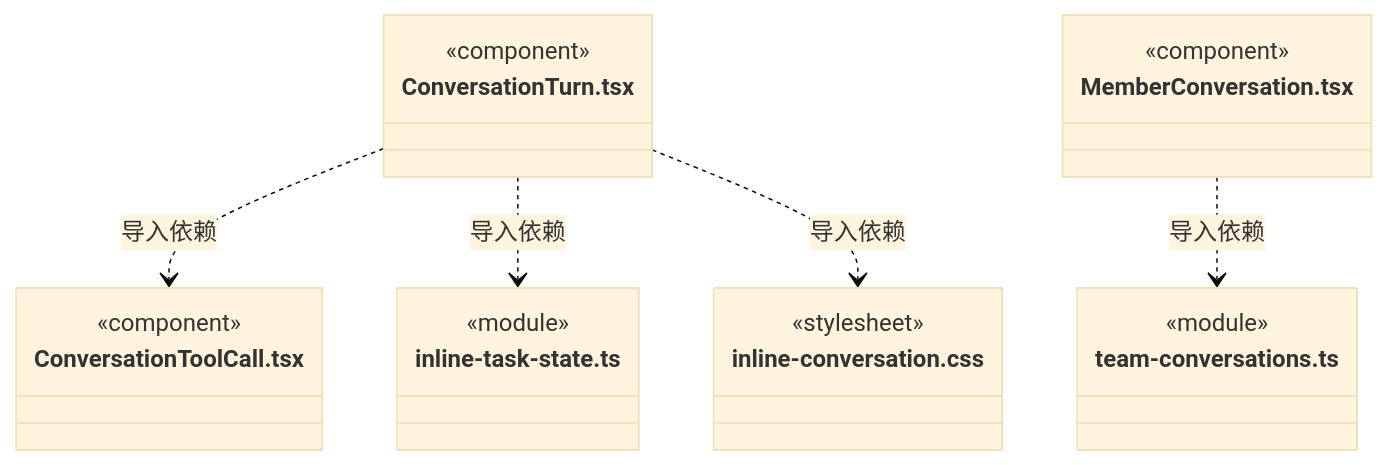
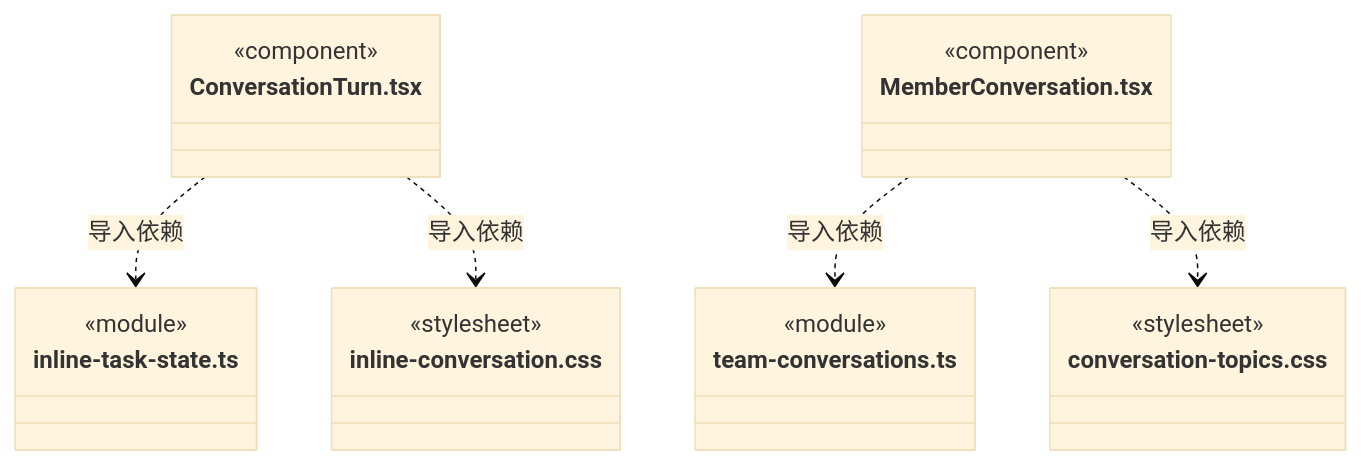
Before and after one commit to nan023062/cbim: diagram 46 of 49 in src/view/conversation/ARCHITECTURE.md, drawn with Mermaid (base theme). The commit also changed other lines of this file and 15 other files, not shown here.

````diff
--- a/src/view/conversation/ARCHITECTURE.md
+++ b/src/view/conversation/ARCHITECTURE.md
@@ -710,25 +710,25 @@
 ```mermaid
 classDiagram
 class N_src_view_conversation_ConversationTurn_tsx["ConversationTurn.tsx"] {
-  <<component>>
-}
-class N_src_view_conversation_ConversationToolCall_tsx["ConversationToolCall.tsx"] {
   <<component>>
 }
 class N_src_view_conversation_inline_task_state_ts["inline-task-state.ts"] {
   <<module>>
 }
 class N_src_view_conversation_inline_conversation_css["inline-conversation.css"] {
   <<stylesheet>>
 }
 class N_src_view_conversation_MemberConversation_tsx["MemberConversation.tsx"] {
   <<component>>
 }
 class N_src_view_conversation_team_conversations_ts["team-conversations.ts"] {
   <<module>>
 }
-N_src_view_conversation_ConversationTurn_tsx ..> N_src_view_conversation_ConversationToolCall_tsx : 导入依赖
+class N_src_view_conversation_conversation_topics_css["conversation-topics.css"] {
+  <<stylesheet>>
+}
 N_src_view_conversation_ConversationTurn_tsx ..> N_src_view_conversation_inline_task_state_ts : 导入依赖
 N_src_view_conversation_ConversationTurn_tsx ..> N_src_view_conversation_inline_conversation_css : 导入依赖
 N_src_view_conversation_MemberConversation_tsx ..> N_src_view_conversation_team_conversations_ts : 导入依赖
+N_src_view_conversation_MemberConversation_tsx ..> N_src_view_conversation_conversation_topics_css : 导入依赖
 ```
````
